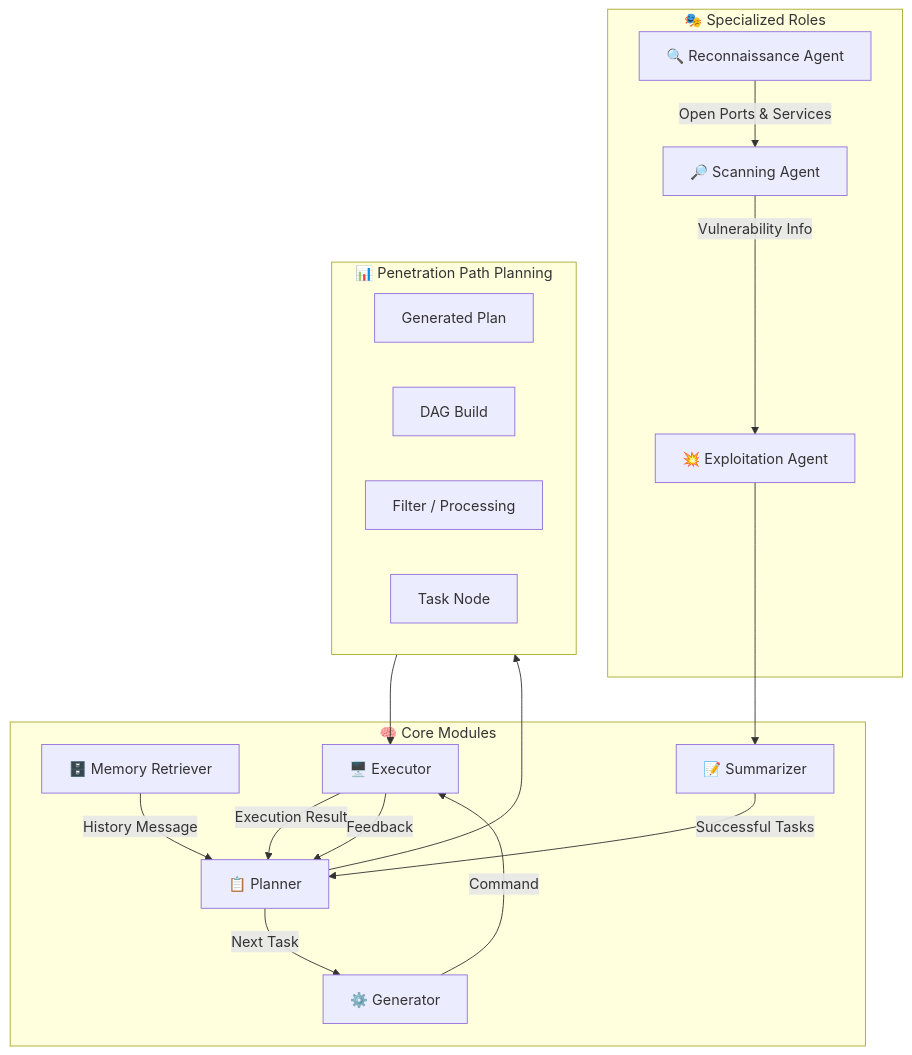
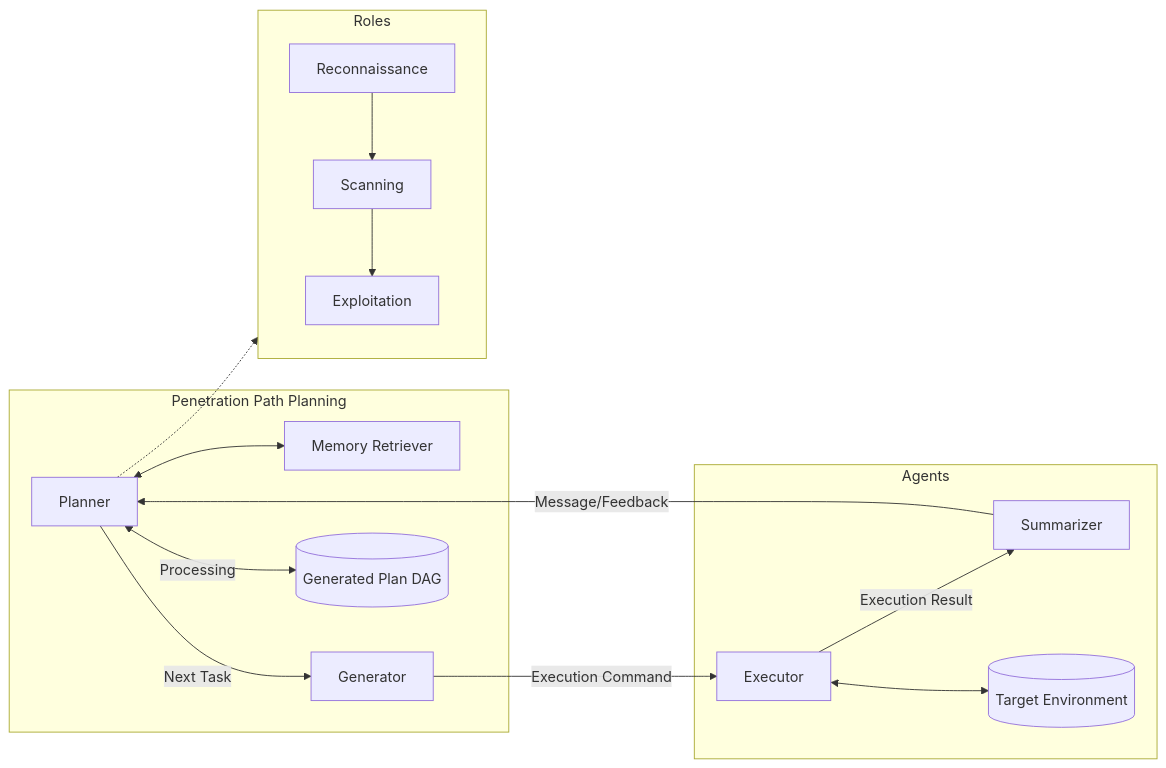
One commit to nishan-paul-2022/cmatrix-agentic-red-team changed the second of 3 diagrams in docs/paper-research/md-downloaded-paper-curated/12-vulnbot-autonomous-penetration-testing-for-a-multi-agent.md. Above: the diagram before and after it, drawn with Mermaid. The commit also changed other lines of this file and 52 other files, not shown here.

````diff
--- a/docs/paper-research/md-downloaded-paper-curated/12-vulnbot-autonomous-penetration-testing-for-a-multi-agent.md
+++ b/docs/paper-research/md-downloaded-paper-curated/12-vulnbot-autonomous-penetration-testing-for-a-multi-agent.md
@@ -276,38 +176,23 @@
 ```mermaid
-flowchart TD
-    subgraph Roles["🎭 Specialized Roles"]
-        R1[🔍 Reconnaissance Agent]
-        R2[🔎 Scanning Agent]
-        R3[💥 Exploitation Agent]
+
+flowchart LR
+    subgraph Penetration Path Planning
+        Planner[Planner] <--> Retriever[Memory Retriever]
+        Planner -->|Next Task| Generator[Generator]
+        Planner <-->|Processing| PTG[(Generated Plan DAG)]
     end
 
-    subgraph Core["🧠 Core Modules"]
-        M1[📋 Planner]
-        M2[🗄️ Memory Retriever]
-        M3[⚙️ Generator]
-        M4[🖥️ Executor]
-        M5[📝 Summarizer]
+    subgraph Agents
+        Generator -->|Execution Command| Executor[Executor]
+        Executor -->|Execution Result| Summarizer[Summarizer]
+        Summarizer -->|Message/Feedback| Planner
+        Executor <--> Target[(Target Environment)]
     end
 
-    subgraph PTG["📊 Penetration Path Planning"]
-        P1[Generated Plan]
-        P2[DAG Build]
-        P3[Filter / Processing]
-        P4[Task Node]
+    subgraph Roles
+        Recon[Reconnaissance] --> Scan[Scanning]
+        Scan --> Exploit[Exploitation]
     end
-
-    R1 -->|Open Ports & Services| R2
-    R2 -->|Vulnerability Info| R3
-    R3 --> M5
-
-    M1 -->|Next Task| M3
-    M3 -->|Command| M4
-    M4 -->|Execution Result| M1
-    M5 -->|Successful Tasks| M1
-    M2 -->|History Message| M1
-
-    M1 --> PTG
-    PTG --> M4
-
-    M4 -->|Feedback| M1
+    
+    Planner -.-> Roles
 ```
````
